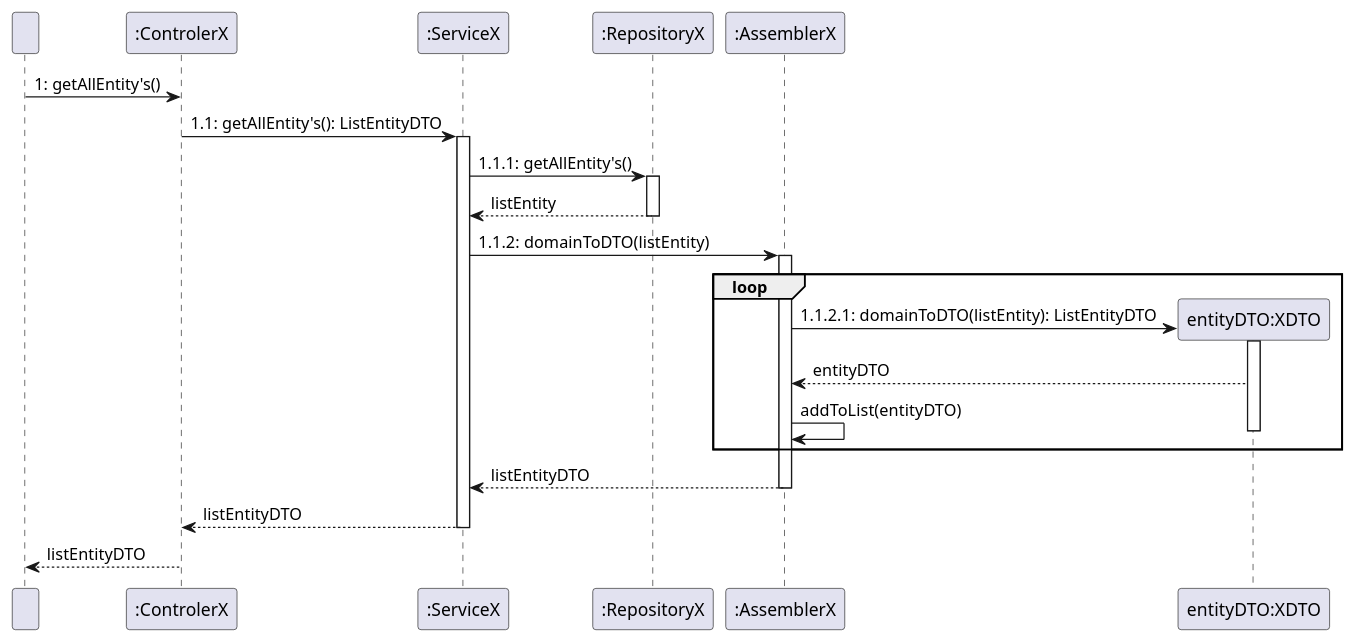
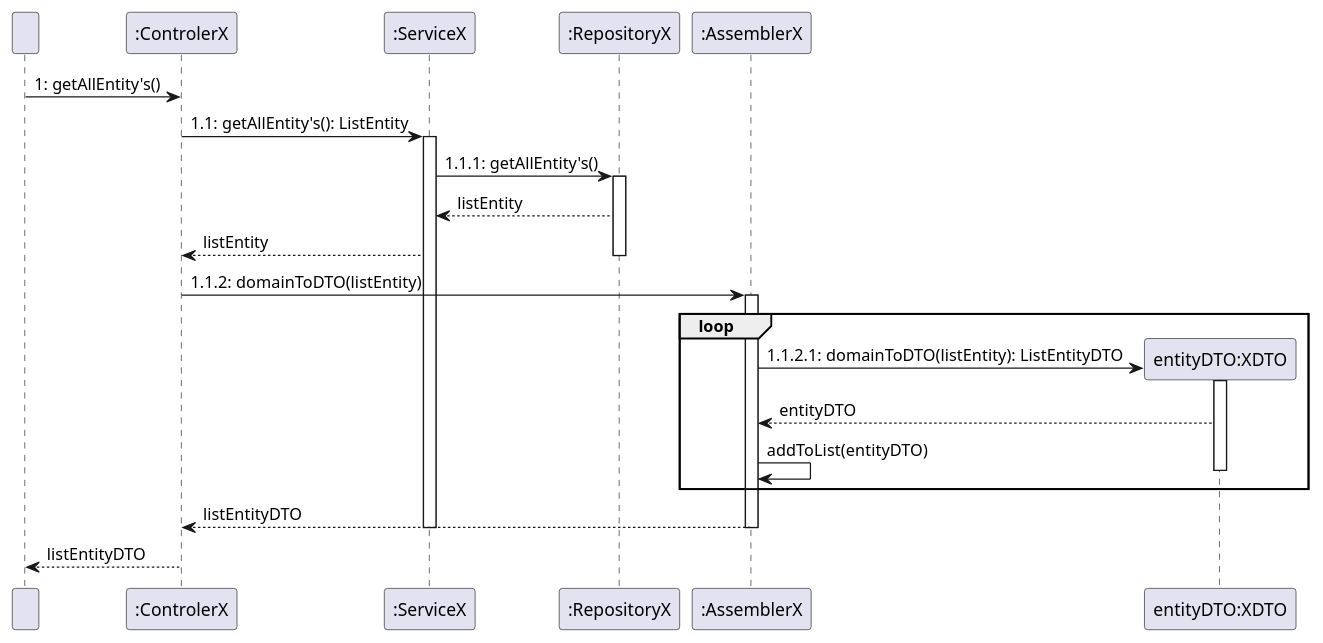
The diagram in docs/general/exampleSequenceDiagrams/GetAllEntitys.puml (olivDiogo/SmartHome), drawn with PlantUML before and after one commit. The commit also changed 7 other files, not shown here.

Commit message:
Closes #168 Added new example sequence diagrams. Removed old docs folders

```diff
--- a/docs/general/exampleSequenceDiagrams/GetAllEntitys.puml
+++ b/docs/general/exampleSequenceDiagrams/GetAllEntitys.puml
@@ -1,33 +1,33 @@
 @startuml
 participant "  " as User
 participant ":ControlerX" as Controller
 participant ":ServiceX" as Service
 participant ":RepositoryX" as Repository
 participant ":AssemblerX" as Assembler
 participant "entityDTO:XDTO" as DTO
 
 
 User -> Controller: 1: getAllEntity's()
-Controller -> Service: 1.1: getAllEntity's(): ListEntityDTO
+Controller -> Service: 1.1: getAllEntity's(): ListEntity
 activate Service
 Service -> Repository: 1.1.1: getAllEntity's()
 activate Repository
 Repository --> Service: listEntity
+Service --> Controller: listEntity
 deactivate Repository
-Service -> Assembler: 1.1.2: domainToDTO(listEntity)
+Controller -> Assembler: 1.1.2: domainToDTO(listEntity)
 activate Assembler
 create DTO
 loop
 Assembler -> DTO: 1.1.2.1: domainToDTO(listEntity): ListEntityDTO
 activate DTO
 DTO --> Assembler: entityDTO
 Assembler -> Assembler: addToList(entityDTO)
 deactivate DTO
 end
-Assembler --> Service: listEntityDTO
+Assembler --> Controller: listEntityDTO
 deactivate Assembler
-Service --> Controller: listEntityDTO
 deactivate Service
 Controller --> User: listEntityDTO
 
 @enduml
```
